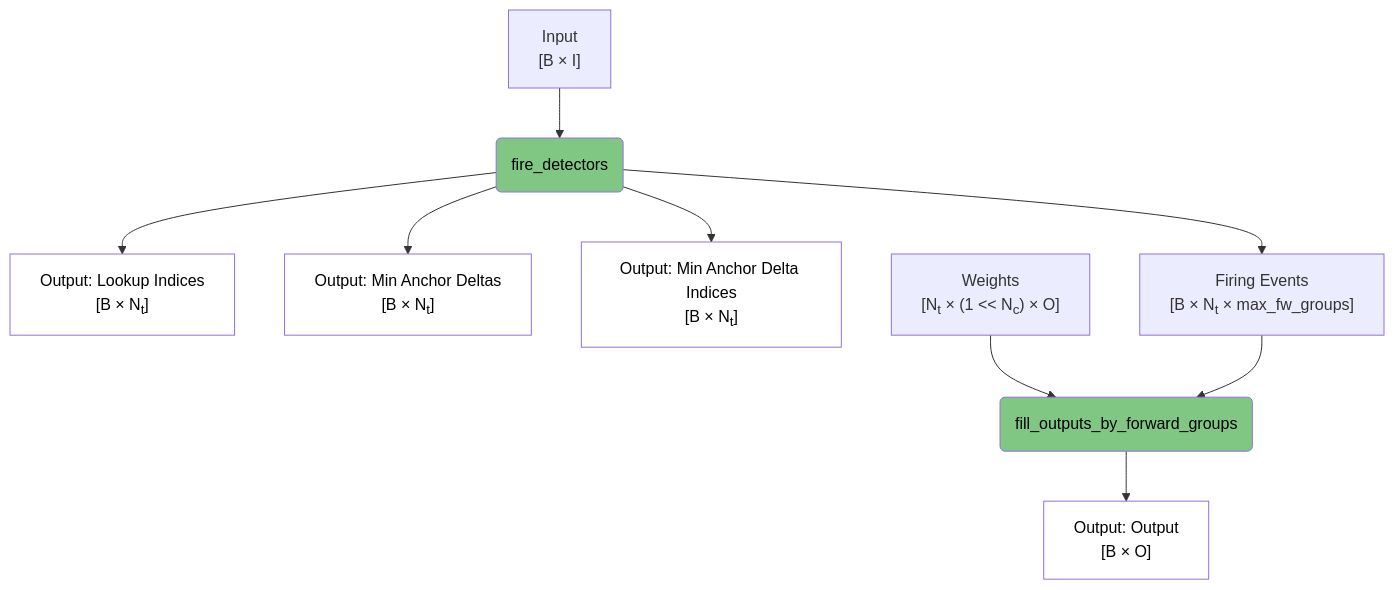
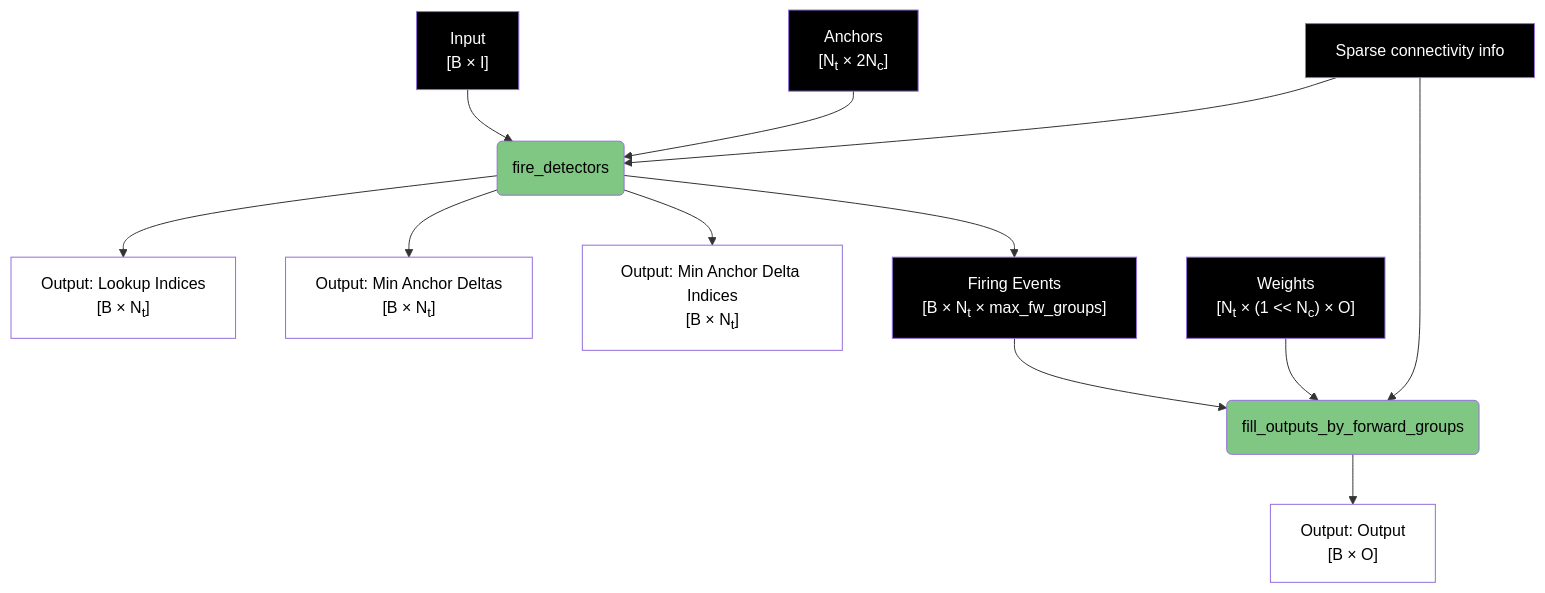
Before and after one commit to anatoli-starostin/spiky: the second of 6 diagrams in spiky_cuda/lut/doc/LUT_RUNTIME_DATA_FLOW.md, drawn with Mermaid. The commit also changed other lines of this file, not shown here.

````diff
--- a/spiky_cuda/lut/doc/LUT_RUNTIME_DATA_FLOW.md
+++ b/spiky_cuda/lut/doc/LUT_RUNTIME_DATA_FLOW.md
@@ -40,21 +44,29 @@
 ```mermaid
 flowchart TD
     A["Input<br/>[B × I]"] --> B(fire_detectors)
+    D2["Anchors<br/>[N<sub>t</sub> × 2N<sub>c</sub>]"] --> B
+    SC1["Sparse connectivity info"] --> B
     
     B --> C["Output: Lookup Indices<br/>[B × N<sub>t</sub>]"]
     B --> D["Output: Min Anchor Deltas<br/>[B × N<sub>t</sub>]"]
     B --> E["Output: Min Anchor Delta Indices<br/>[B × N<sub>t</sub>]"]
     B --> F["Firing Events<br/>[B × N<sub>t</sub> × max_fw_groups]"]
     
     W2["Weights<br/>[N<sub>t</sub> × (1 << N<sub>c</sub>) × O]"] --> G(fill_outputs_by_forward_groups)
+    SC1 --> G
     F --> G
     
     G --> H["Output: Output<br/>[B × O]"]
     
     style B fill:#81c784,color:#000000
     style G fill:#81c784,color:#000000
     style C fill:#ffffff,color:#000000
     style D fill:#ffffff,color:#000000
     style E fill:#ffffff,color:#000000
     style H fill:#ffffff,color:#000000
+    style A fill:#000000,color:#ffffff
+    style D2 fill:#000000,color:#ffffff
+    style SC1 fill:#000000,color:#ffffff
+    style W2 fill:#000000,color:#ffffff
+    style F fill:#000000,color:#ffffff
 ```
````
